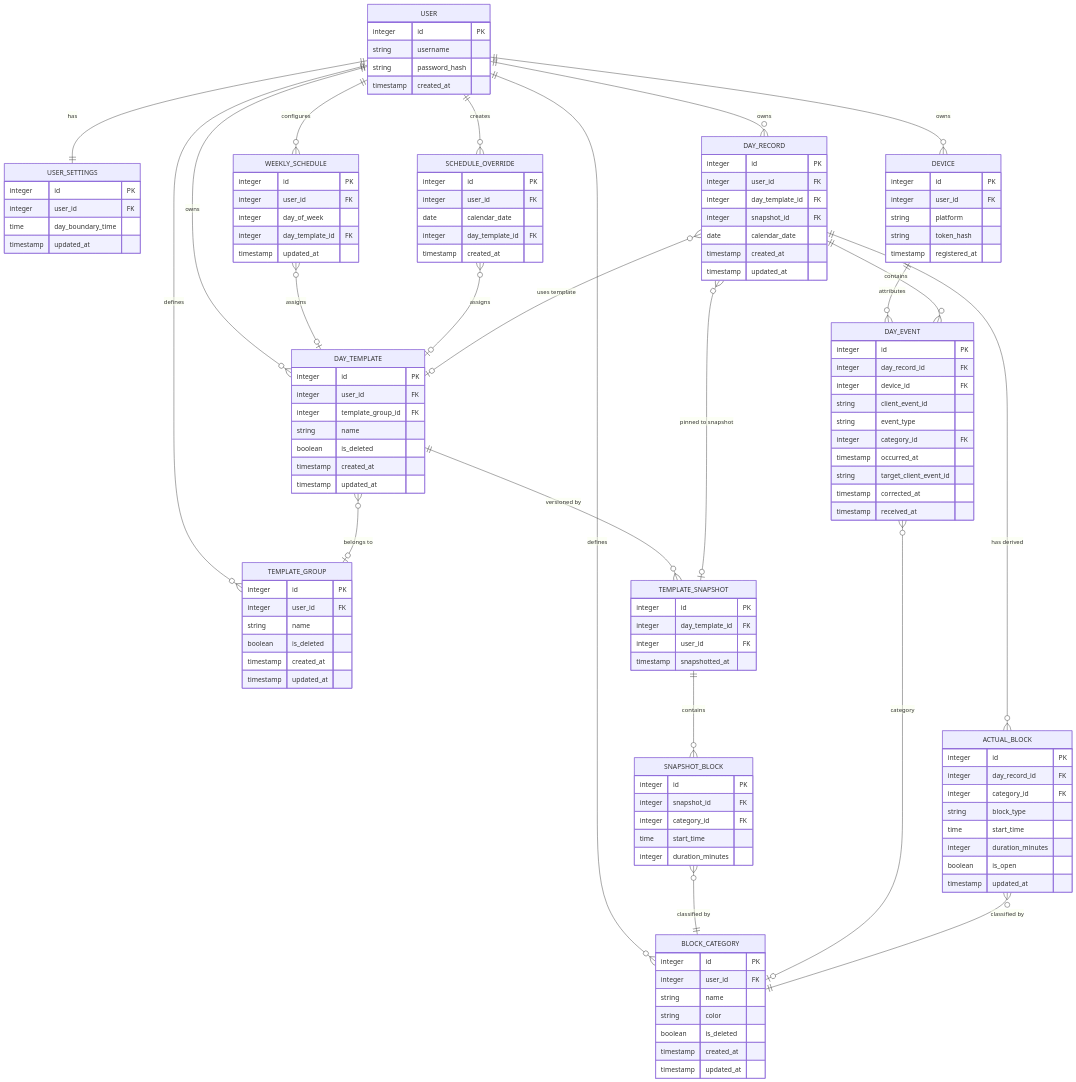
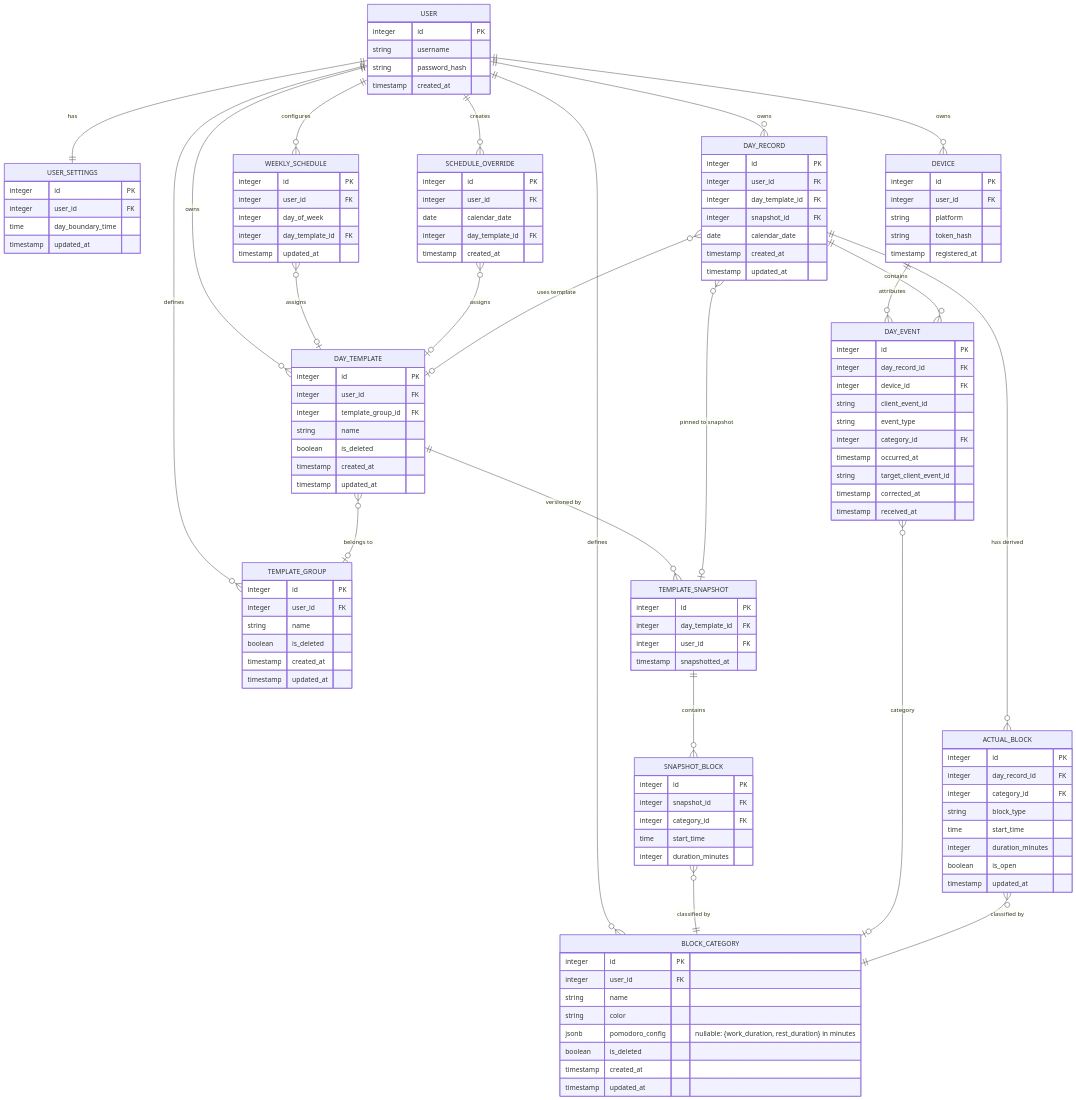
The diagram in docs/API and DB.md (sem0ark/todo-planner), drawn with Mermaid before and after one commit. The commit also changed other lines of this file and 10 other files, not shown here.

```diff
--- a/docs/API and DB.md
+++ b/docs/API and DB.md
@@ -90,6 +90,7 @@
         integer user_id FK
         string name
         string color
+        jsonb pomodoro_config "nullable: {work_duration, rest_duration} in minutes"
         boolean is_deleted
         timestamp created_at
         timestamp updated_at
```
